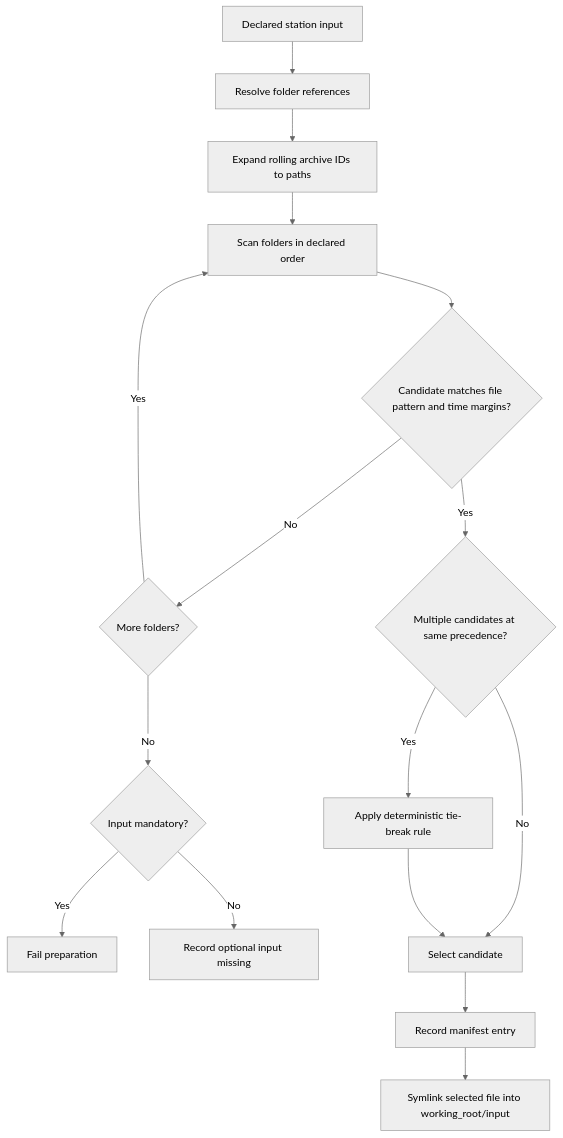
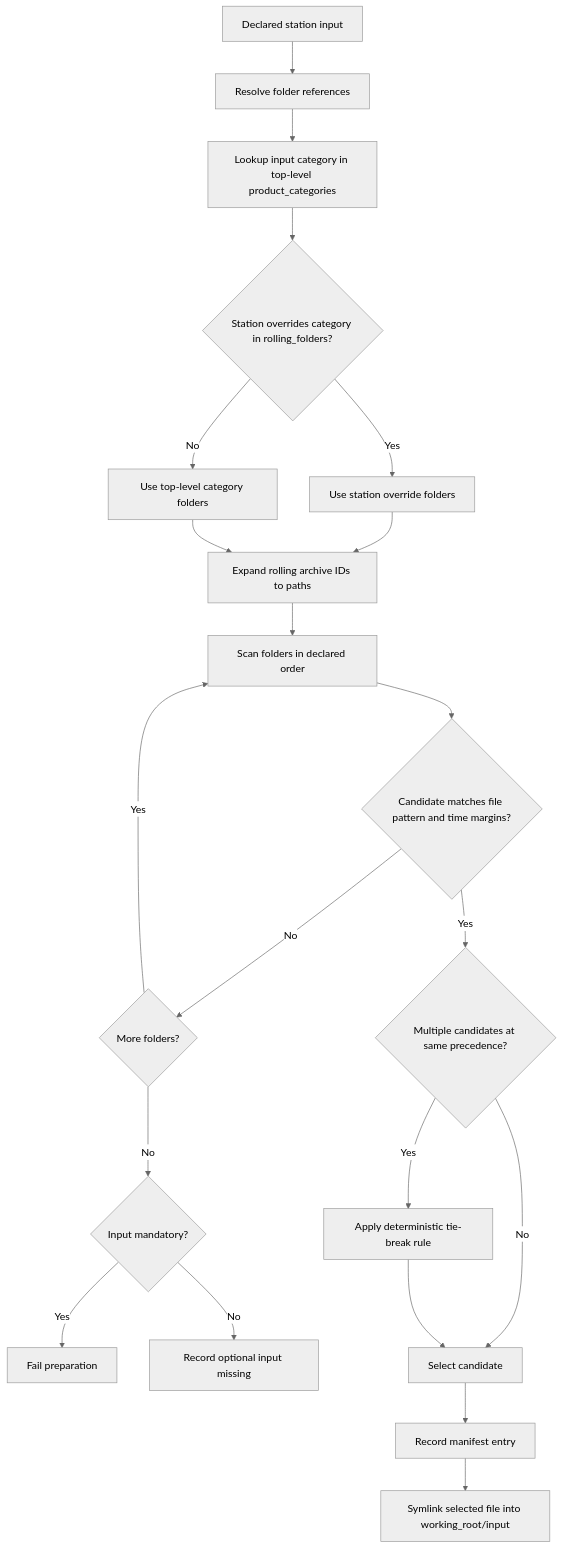
One commit to GoBobr/veriproc changed the first of 5 diagrams in docs/2.system_architecture.md. Above: the diagram before and after it, drawn with Mermaid (neutral theme). The commit also changed other lines of this file and 2 other files, not shown here.

Commit message:
fine-tuning joborder/station/top-level configuration

````diff
--- a/docs/2.system_architecture.md
+++ b/docs/2.system_architecture.md
@@ -297,18 +302,23 @@
 ```mermaid
 flowchart TD
   A[Declared station input] --> B[Resolve folder references]
-  B --> C[Expand rolling archive IDs to paths]
-  C --> D[Scan folders in declared order]
-  D --> E{Candidate matches file pattern and time margins?}
-  E -- No --> F{More folders?}
-  F -- Yes --> D
-  F -- No --> G{Input mandatory?}
-  G -- Yes --> H[Fail preparation]
-  G -- No --> I[Record optional input missing]
-  E -- Yes --> J{Multiple candidates at same precedence?}
-  J -- No --> K[Select candidate]
-  J -- Yes --> L[Apply deterministic tie-break rule]
-  L --> K
-  K --> M[Record manifest entry]
-  M --> N[Symlink selected file into working_root/input]
+  B --> C[Lookup input category in top-level product_categories]
+  C --> D{Station overrides category in rolling_folders?}
+  D -- Yes --> E[Use station override folders]
+  D -- No --> F[Use top-level category folders]
+  E --> G[Expand rolling archive IDs to paths]
+  F --> G
+  G --> H[Scan folders in declared order]
+  H --> I{Candidate matches file pattern and time margins?}
+  I -- No --> J{More folders?}
+  J -- Yes --> H
+  J -- No --> K{Input mandatory?}
+  K -- Yes --> L[Fail preparation]
+  K -- No --> M[Record optional input missing]
+  I -- Yes --> N{Multiple candidates at same precedence?}
+  N -- No --> O[Select candidate]
+  N -- Yes --> P[Apply deterministic tie-break rule]
+  P --> O
+  O --> Q[Record manifest entry]
+  Q --> R[Symlink selected file into working_root/input]
 ```
````
